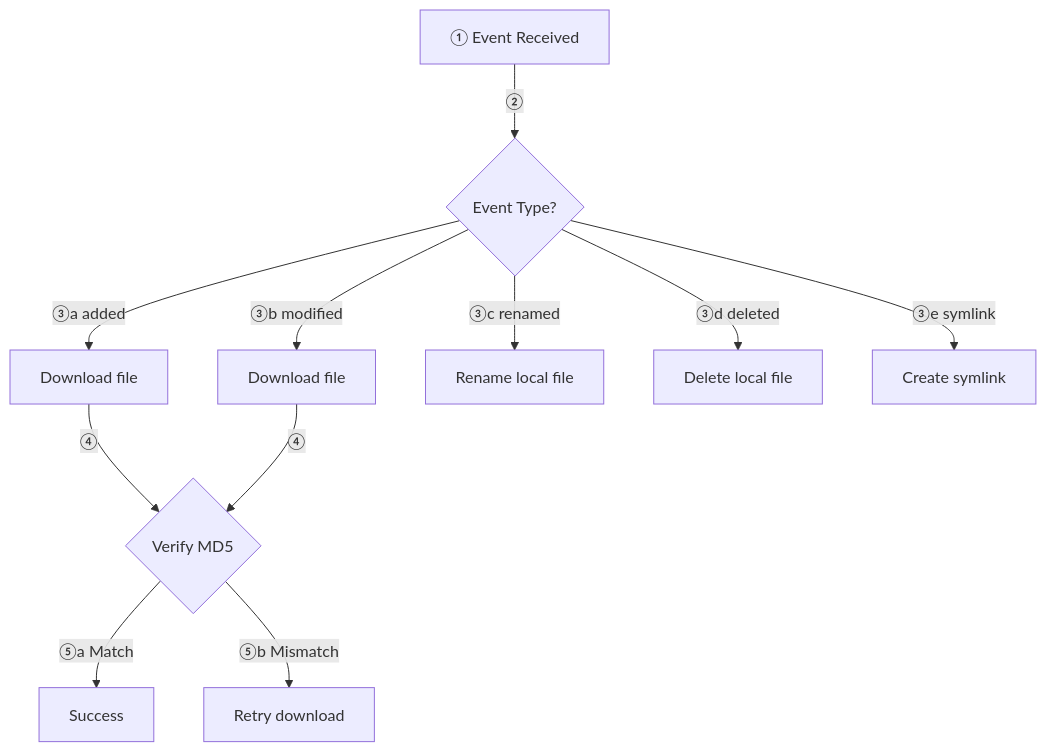
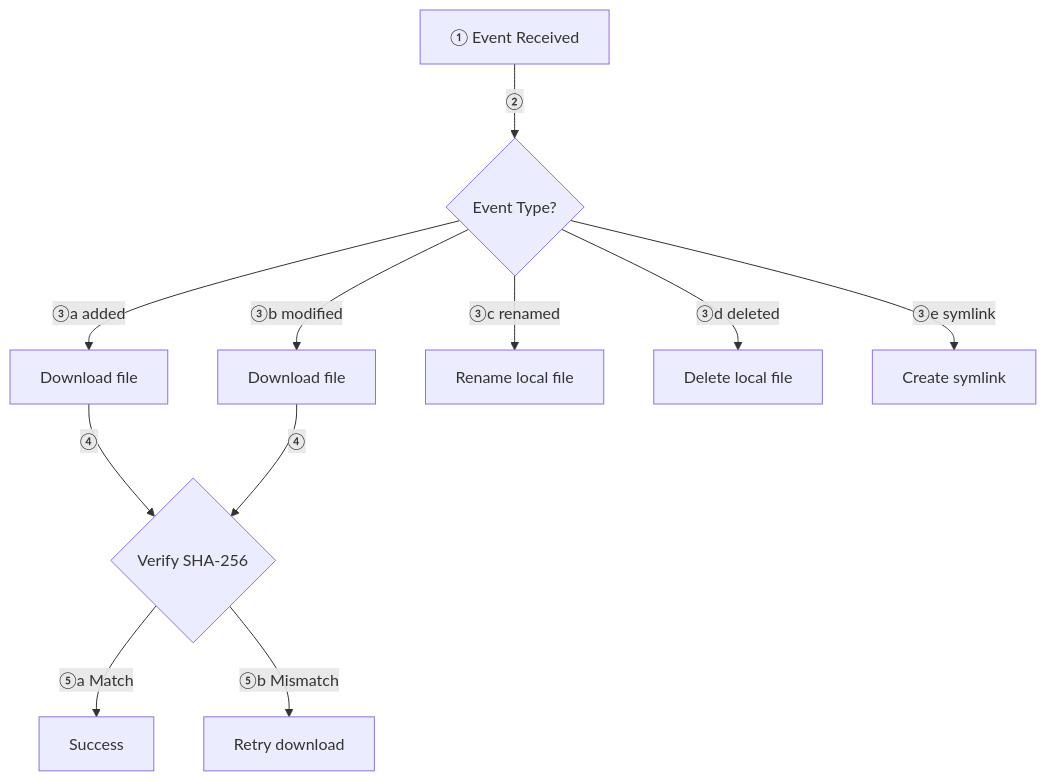
Before and after one commit to albertsdk/hsync-server: the fourth of 7 diagrams in docs/sync-flow.md, drawn with Mermaid. The commit also changed other lines of this file and 24 other files, not shown here.

````diff
--- a/docs/sync-flow.md
+++ b/docs/sync-flow.md
@@ -106,15 +106,15 @@
 ```mermaid
 flowchart TD
     E[① Event Received] -->|"②"| T{Event Type?}
 
     T -->|"③a added"| A[Download file]
     T -->|"③b modified"| M[Download file]
     T -->|"③c renamed"| R[Rename local file]
     T -->|"③d deleted"| D[Delete local file]
     T -->|"③e symlink"| L[Create symlink]
 
-    A -->|"④"| V{Verify MD5}
+    A -->|"④"| V{Verify SHA-256}
     M -->|"④"| V
     V -->|"⑤a Match"| S[Success]
     V -->|"⑤b Mismatch"| RE[Retry download]
 ```
````
